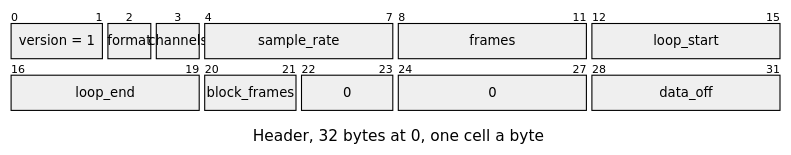
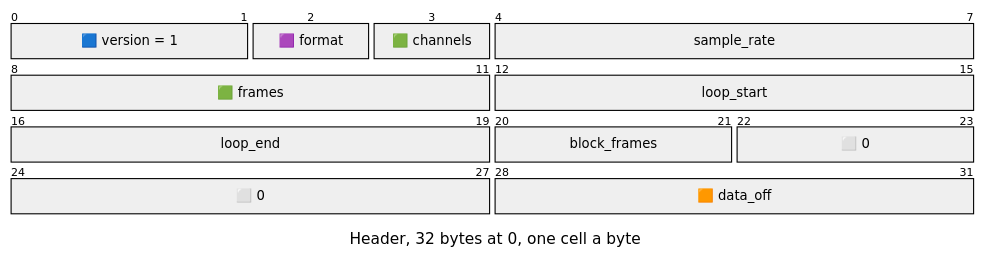
Before and after one commit to jose-villegas/autana: the first of 3 diagrams in docs/assets/formats/SOND.md, drawn with Mermaid. The commit also changed other lines of this file and 14 other files, not shown here.

Commit message:
formats: a colour square per field gives its role, derived from its label by check_format_roles.py, legend in the README (autana-edcif)

````diff
--- a/docs/assets/formats/SOND.md
+++ b/docs/assets/formats/SOND.md
@@ -5,21 +5,21 @@
 ```mermaid
 ---
 config:
   packet:
-    bitsPerRow: 16
-    bitWidth: 44
+    bitsPerRow: 8
+    bitWidth: 110
 ---
 packet-beta
 title Header, 32 bytes at 0, one cell a byte
-0-1: "version = 1"
-2: "format"
-3: "channels"
+0-1: "🟦 version = 1"
+2: "🟪 format"
+3: "🟩 channels"
 4-7: "sample_rate"
-8-11: "frames"
+8-11: "🟩 frames"
 12-15: "loop_start"
 16-19: "loop_end"
 20-21: "block_frames"
-22-23: "0"
-24-27: "0"
-28-31: "data_off"
+22-23: "⬜ 0"
+24-27: "⬜ 0"
+28-31: "🟧 data_off"
 ```
````
